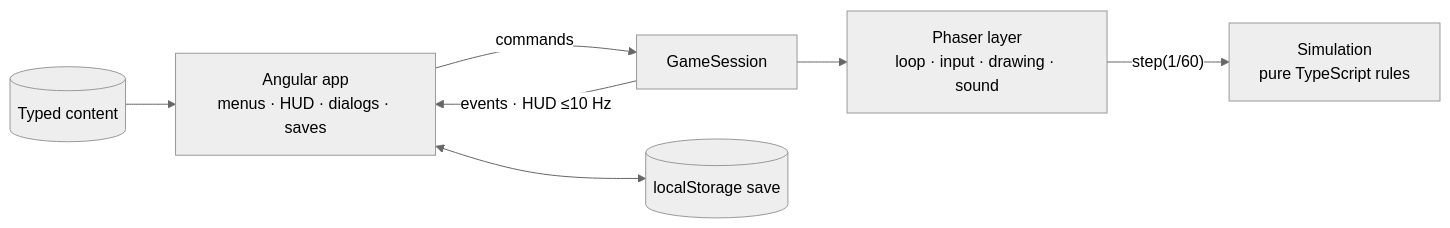
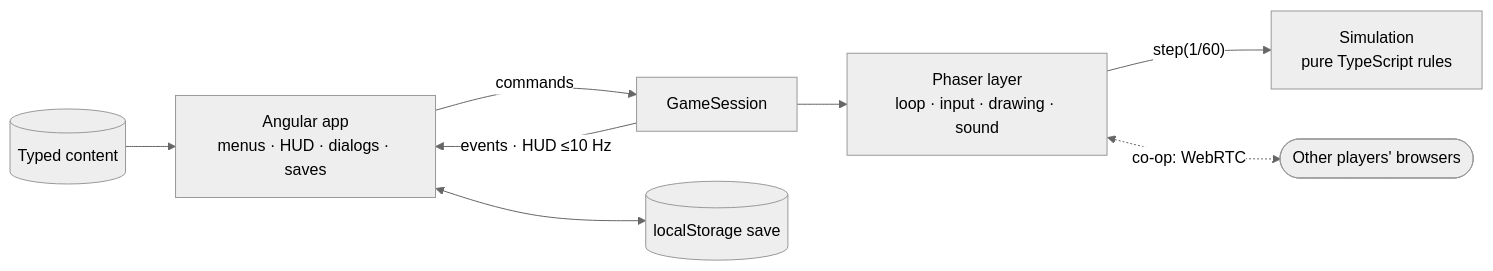
One commit to David-Letonja-CTG/Olympus-Unbound changed the diagram in README.md. Above: the diagram before and after it, drawn with Mermaid (neutral theme). The commit also changed other lines of this file and 18 other files, not shown here.

````diff
--- a/README.md
+++ b/README.md
@@ -35,9 +45,10 @@
 ```mermaid
 flowchart LR
   UI["Angular app<br/>menus · HUD · dialogs · saves"] -- "commands" --> Session["GameSession"]
   Session -- "events · HUD ≤10 Hz" --> UI
   Session --> Phaser["Phaser layer<br/>loop · input · drawing · sound"]
   Phaser -- "step(1/60)" --> Sim["Simulation<br/>pure TypeScript rules"]
   Content[("Typed content")] --> UI
   UI <--> Save[("localStorage save")]
+  Phaser <-. "co-op: WebRTC" .-> Peers(["Other players' browsers"])
 ```
````
